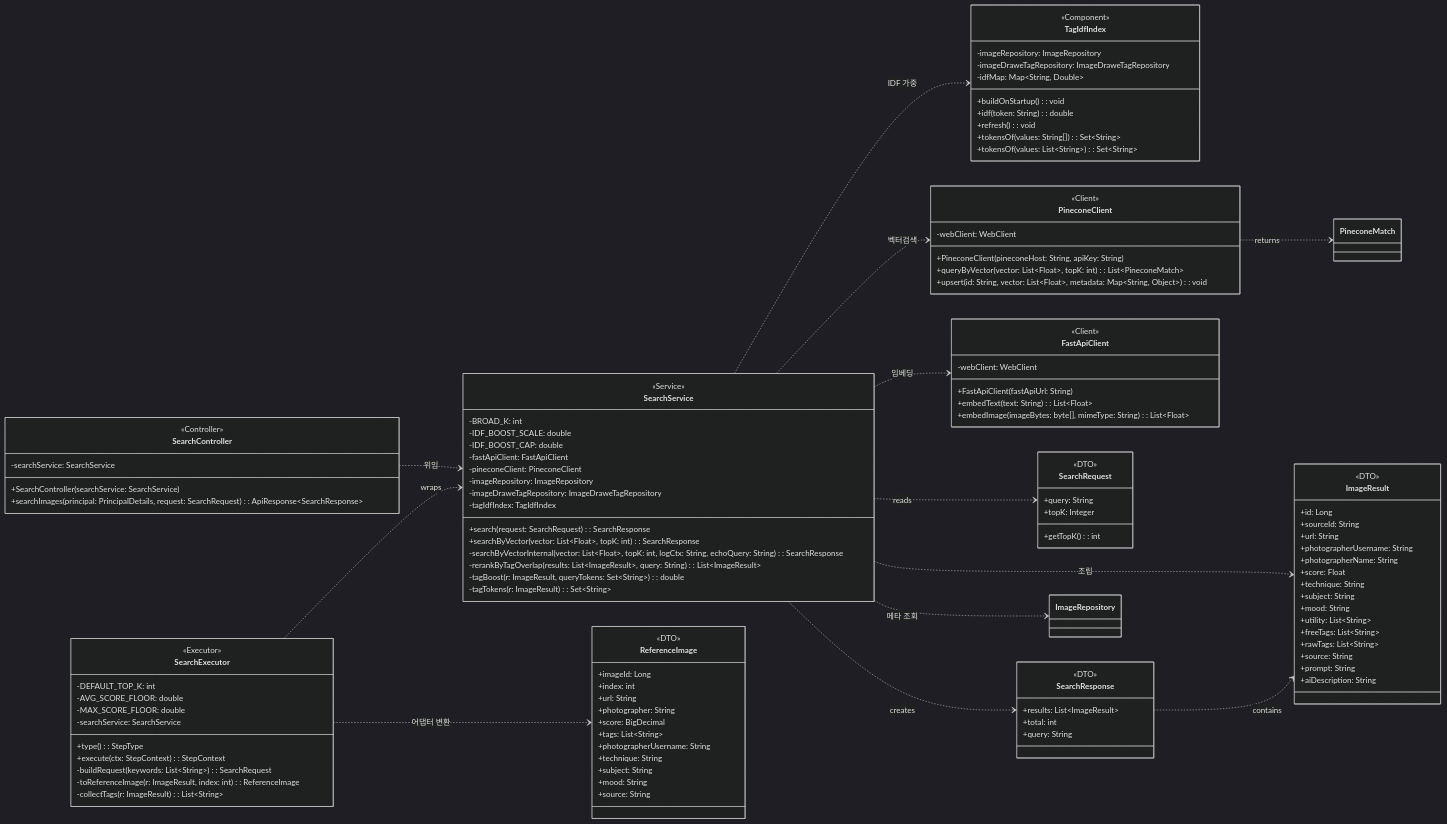
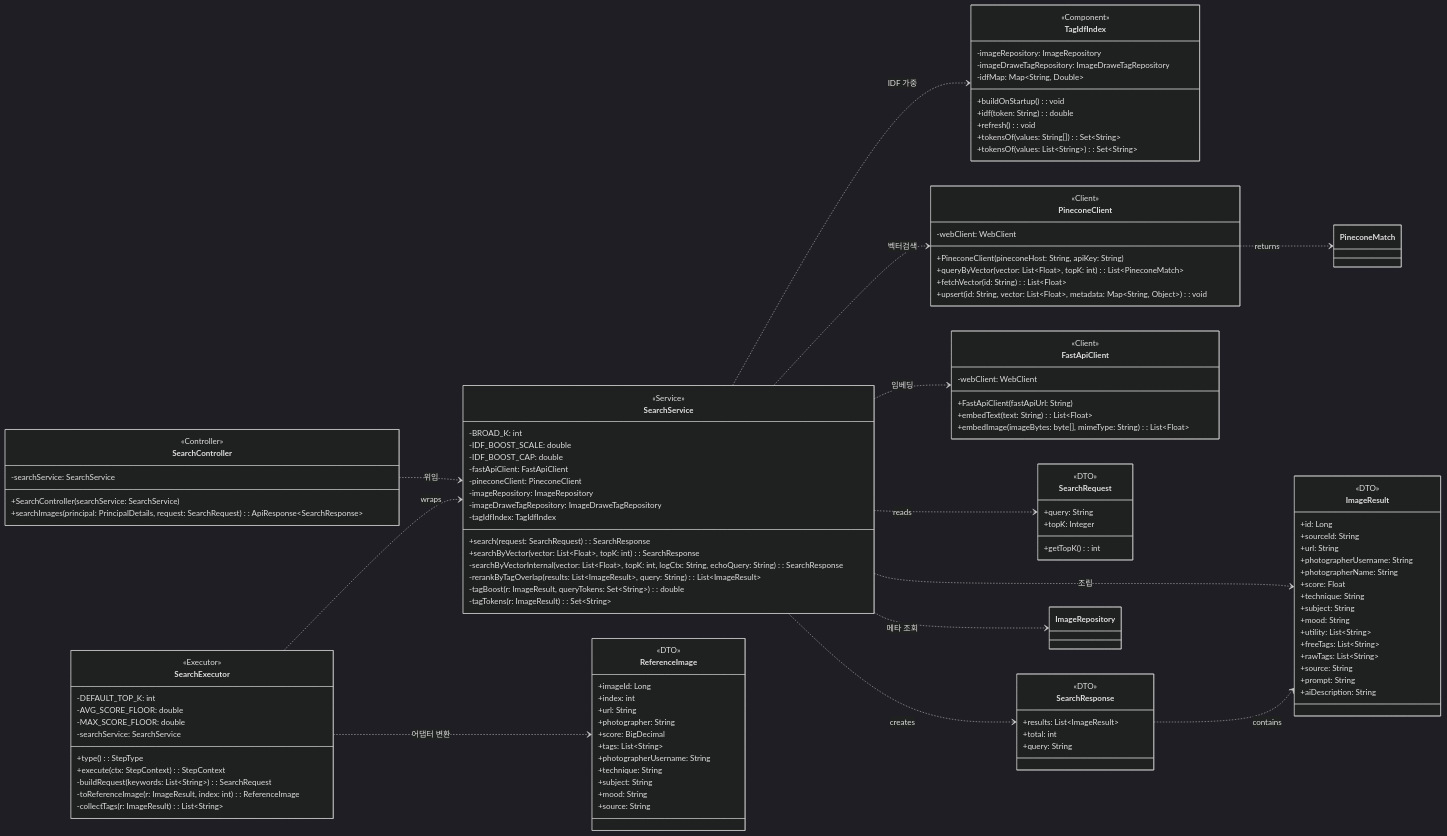
One commit to DraWeTeam/drawe changed the diagram in docs/SDS/classDiagram/searchClassDiagram.md. Above: the diagram before and after it, drawn with Mermaid (dark theme). The commit also changed other lines of this file and 20 other files, not shown here.

```diff
--- a/docs/SDS/classDiagram/searchClassDiagram.md
+++ b/docs/SDS/classDiagram/searchClassDiagram.md
@@ -48,6 +48,7 @@
         -webClient: WebClient
         +PineconeClient(pineconeHost: String, apiKey: String)
         +queryByVector(vector: List~Float~, topK: int): List~PineconeMatch~
+        +fetchVector(id: String): List~Float~
         +upsert(id: String, vector: List~Float~, metadata: Map~String, Object~): void
     }
 
```
